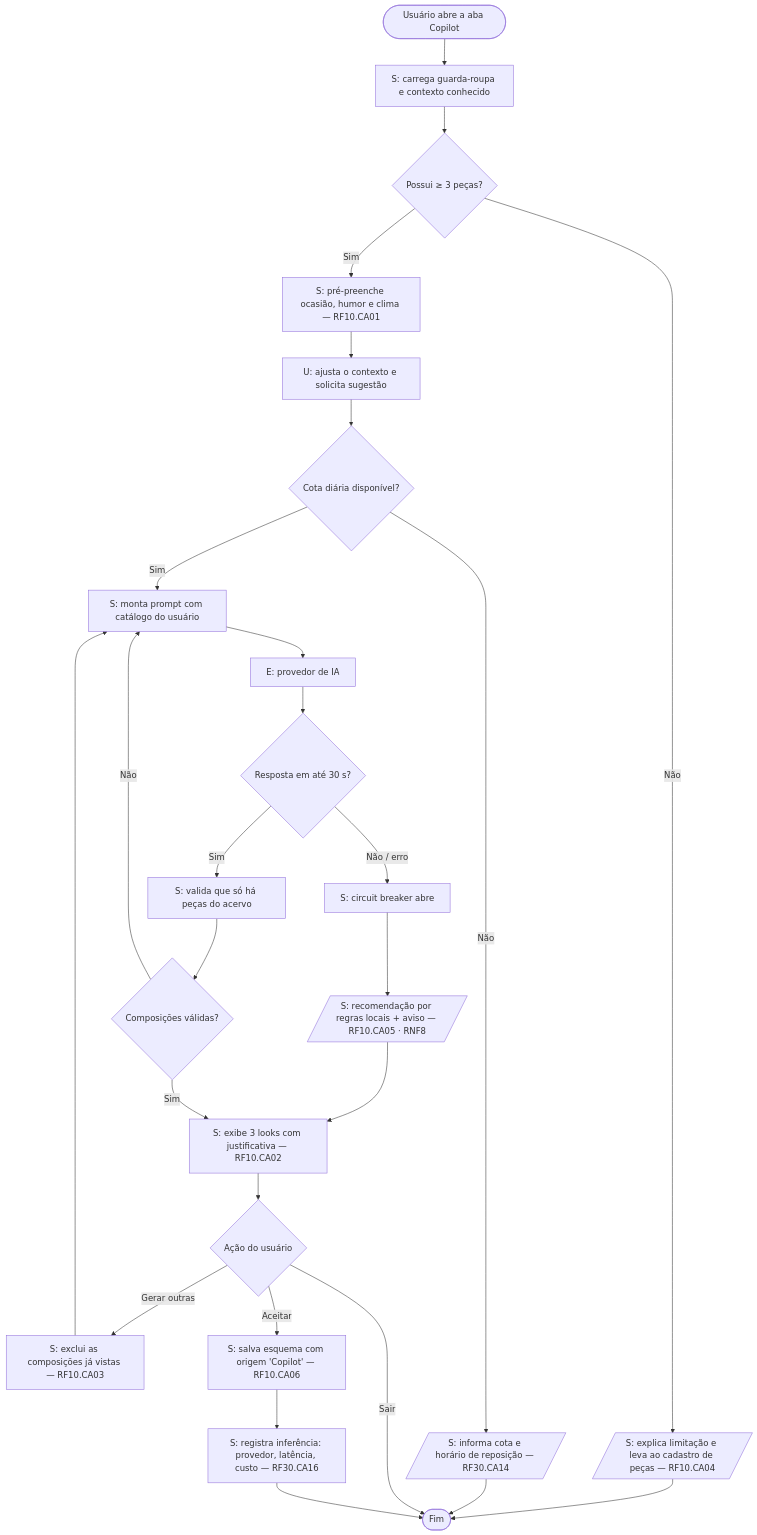
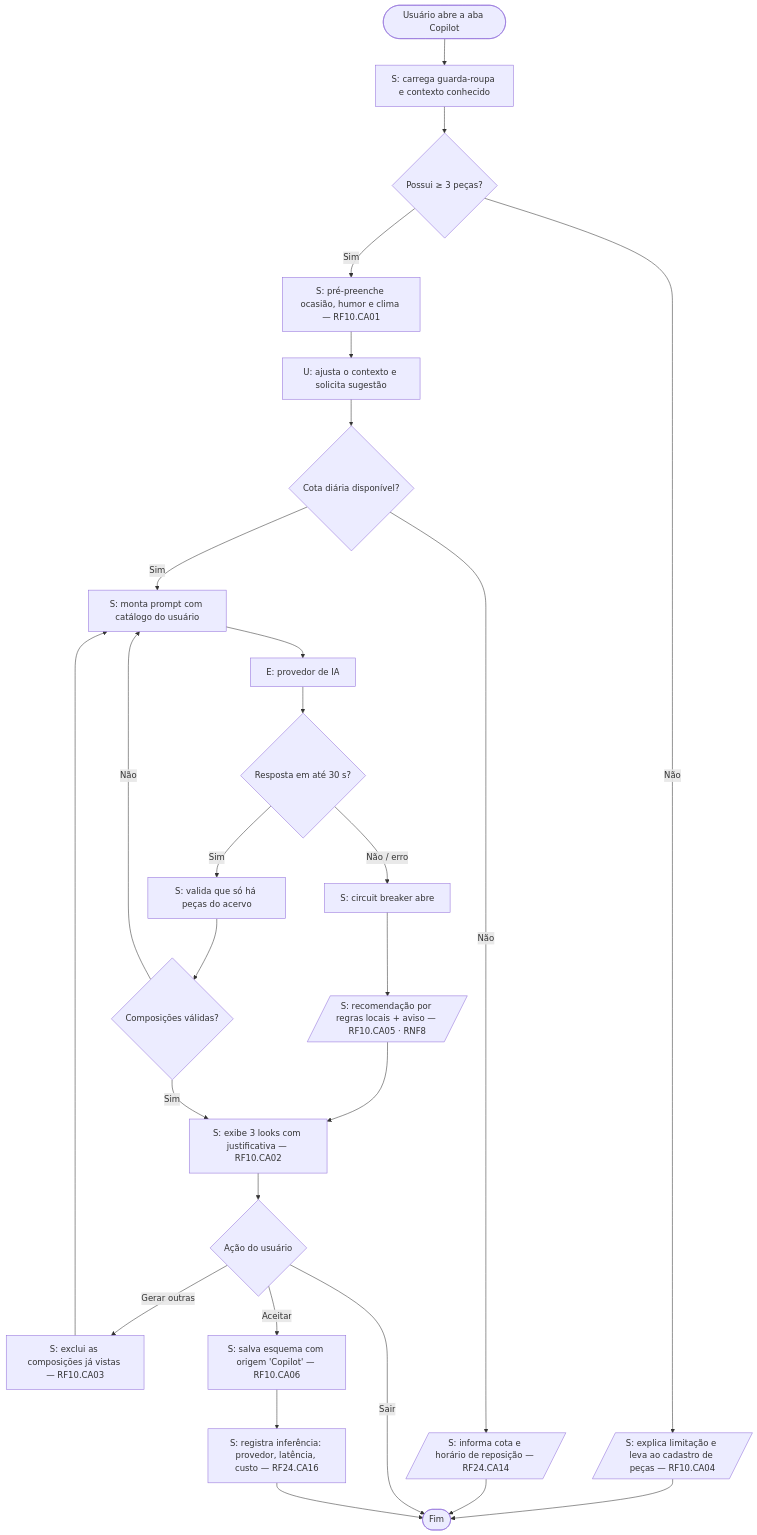
One commit to MatheusHaliski/SAI-TCC-2026 changed the first of 23 diagrams in docs/novo-projeto/05-diagramas-atividade.md. Above: the diagram before and after it, drawn with Mermaid. The commit also changed other lines of this file and 7 other files, not shown here.

First line of the commit message:
docs: fecha a cobertura de diagramas de atividade e renumera RF30 para RF24

````diff
--- a/docs/novo-projeto/05-diagramas-atividade.md
+++ b/docs/novo-projeto/05-diagramas-atividade.md
@@ -11,24 +11,24 @@
 ```mermaid
 flowchart TD
     A([Usuário abre a aba Copilot]) --> B[S: carrega guarda-roupa e contexto conhecido]
     B --> C{Possui ≥ 3 peças?}
     C -- Não --> D[/S: explica limitação e leva ao cadastro de peças — RF10.CA04/]
     D --> Z([Fim])
     C -- Sim --> E[S: pré-preenche ocasião, humor e clima — RF10.CA01]
     E --> F[U: ajusta o contexto e solicita sugestão]
     F --> G{Cota diária disponível?}
-    G -- Não --> H[/S: informa cota e horário de reposição — RF30.CA14/] --> Z
+    G -- Não --> H[/S: informa cota e horário de reposição — RF24.CA14/] --> Z
     G -- Sim --> I[S: monta prompt com catálogo do usuário]
     I --> J[E: provedor de IA]
     J --> K{Resposta em até 30 s?}
     K -- Não / erro --> L[S: circuit breaker abre] --> M[/S: recomendação por regras locais + aviso — RF10.CA05 · RNF8/] --> P
     K -- Sim --> N[S: valida que só há peças do acervo]
     N --> O{Composições válidas?}
     O -- Não --> I
     O -- Sim --> P[S: exibe 3 looks com justificativa — RF10.CA02]
     P --> Q{Ação do usuário}
     Q -- Gerar outras --> R[S: exclui as composições já vistas — RF10.CA03] --> I
     Q -- Aceitar --> S1[S: salva esquema com origem 'Copilot' — RF10.CA06]
     Q -- Sair --> Z
-    S1 --> T[S: registra inferência: provedor, latência, custo — RF30.CA16] --> Z
+    S1 --> T[S: registra inferência: provedor, latência, custo — RF24.CA16] --> Z
 ```
````
